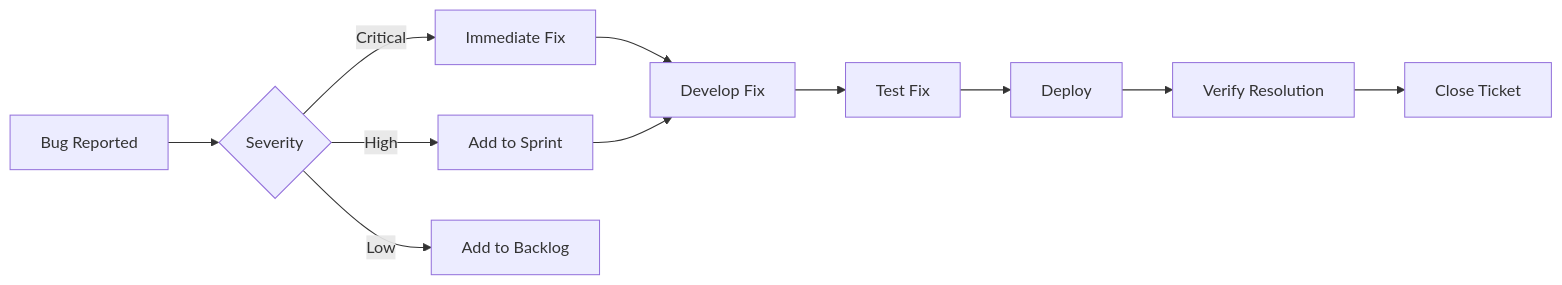
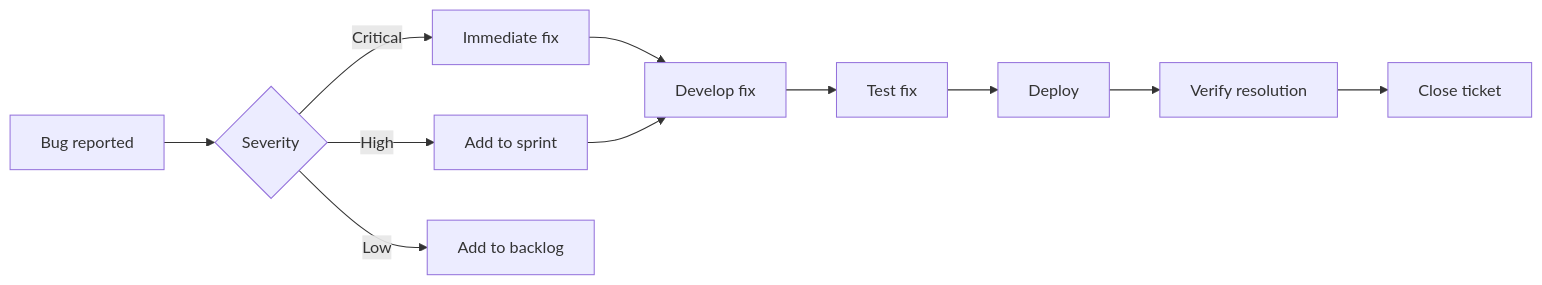
The second of 19 diagrams in mastery-of-mermaid/references/common-patterns.md (flatrick/agent-skills), drawn with Mermaid before and after one commit. The commit also changed other lines of this file and 10 other files, not shown here.

````diff
--- a/mastery-of-mermaid/references/common-patterns.md
+++ b/mastery-of-mermaid/references/common-patterns.md
@@ -36,13 +50,13 @@
 ```mermaid
 flowchart LR
-    Report[Bug Reported] --> Triage{Severity}
-    Triage -->|Critical| Immediate[Immediate Fix]
-    Triage -->|High| Sprint[Add to Sprint]
-    Triage -->|Low| Backlog[Add to Backlog]
-    Immediate --> Fix[Develop Fix]
+    Report[Bug reported] --> Triage{Severity}
+    Triage -->|Critical| Immediate[Immediate fix]
+    Triage -->|High| Sprint[Add to sprint]
+    Triage -->|Low| Backlog[Add to backlog]
+    Immediate --> Fix[Develop fix]
     Sprint --> Fix
-    Fix --> Test[Test Fix]
+    Fix --> Test[Test fix]
     Test --> Deploy[Deploy]
-    Deploy --> Verify[Verify Resolution]
-    Verify --> Close[Close Ticket]
+    Deploy --> Verify[Verify resolution]
+    Verify --> Close[Close ticket]
 ```
````
